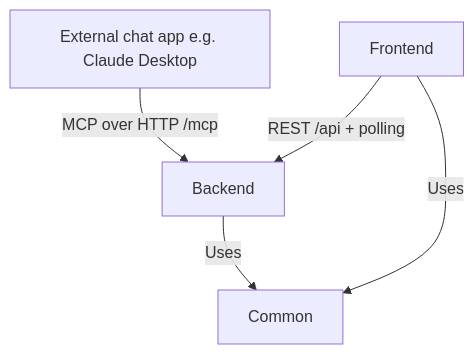
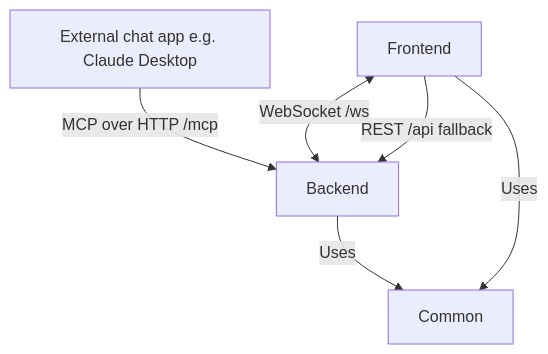
The diagram in docs/architecture/overview.md (tantinlala/blossom-mcp), drawn with Mermaid before and after one commit. The commit also changed other lines of this file and 50 other files, not shown here.

First line of the commit message:
feat: Implement RealtimeClient for WebSocket communication and enhance APIClient (#2)

````diff
--- a/docs/architecture/overview.md
+++ b/docs/architecture/overview.md
@@ -3,12 +3,13 @@
 ```mermaid
 graph TD
     LLM[External chat app e.g. Claude Desktop]
     A[Frontend]
     B[Backend]
     C[Common]
 
     LLM -->|MCP over HTTP /mcp| B
-    A -->|REST /api + polling| B
+    A <-->|WebSocket /ws| B
+    A -->|REST /api fallback| B
     A -->|Uses| C
     B -->|Uses| C
 ```
````
